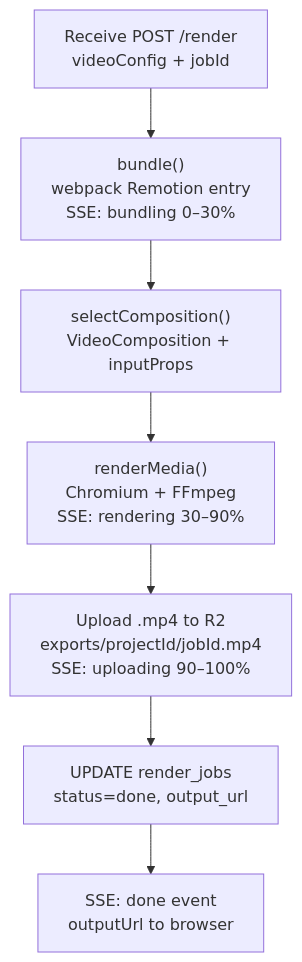
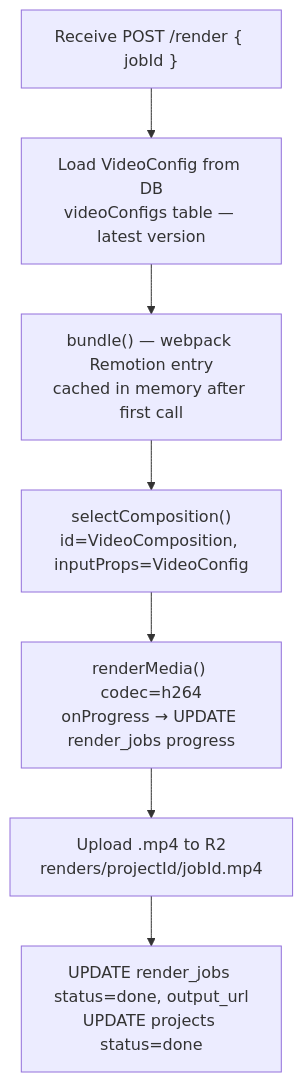
One commit to lokeswaran-aj/opencut changed the diagram in docs/api.md. Above: the diagram before and after it, drawn with Mermaid. The commit also changed other lines of this file and 14 other files, not shown here.

First line of the commit message:
feat: implement render worker and video export pipeline

````diff
--- a/docs/api.md
+++ b/docs/api.md
@@ -278,12 +275,12 @@
 ```mermaid
 flowchart TD
-    A["Receive POST /render<br/>videoConfig + jobId"]
-    B["bundle()<br/>webpack Remotion entry<br/>SSE: bundling 0–30%"]
-    C["selectComposition()<br/>VideoComposition + inputProps"]
-    D["renderMedia()<br/>Chromium + FFmpeg<br/>SSE: rendering 30–90%"]
-    E["Upload .mp4 to R2<br/>exports/projectId/jobId.mp4<br/>SSE: uploading 90–100%"]
-    F["UPDATE render_jobs<br/>status=done, output_url"]
-    G["SSE: done event<br/>outputUrl to browser"]
+    A["Receive POST /render { jobId }"]
+    B["Load VideoConfig from DB<br/>videoConfigs table — latest version"]
+    C["bundle() — webpack Remotion entry<br/>cached in memory after first call"]
+    D["selectComposition()<br/>id=VideoComposition, inputProps=VideoConfig"]
+    E["renderMedia() codec=h264<br/>onProgress → UPDATE render_jobs progress"]
+    F["Upload .mp4 to R2<br/>renders/projectId/jobId.mp4"]
+    G["UPDATE render_jobs status=done, output_url<br/>UPDATE projects status=done"]
 
     A --> B --> C --> D --> E --> F --> G
 ```
````
